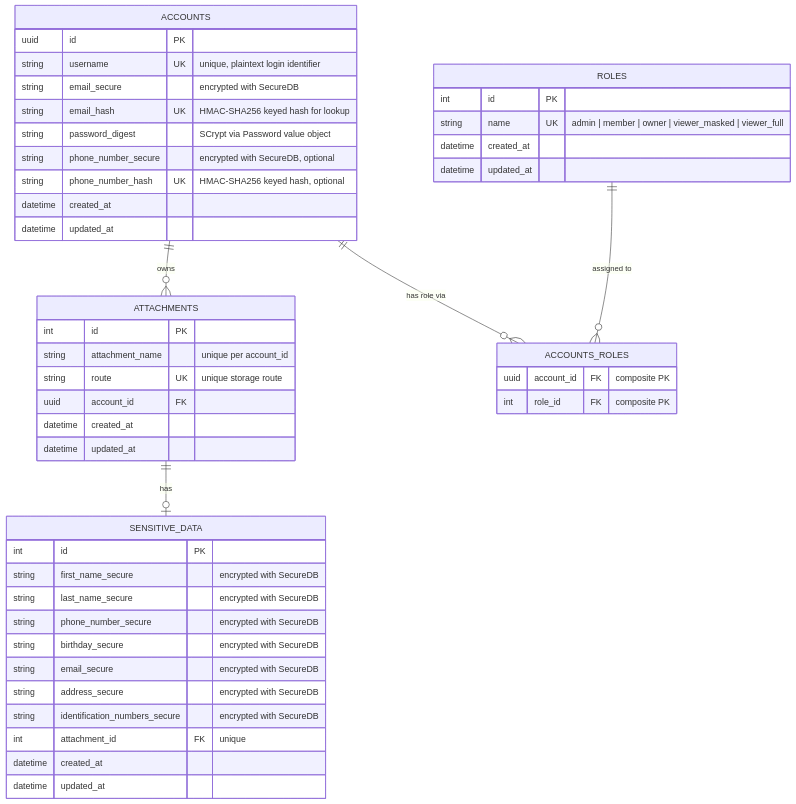
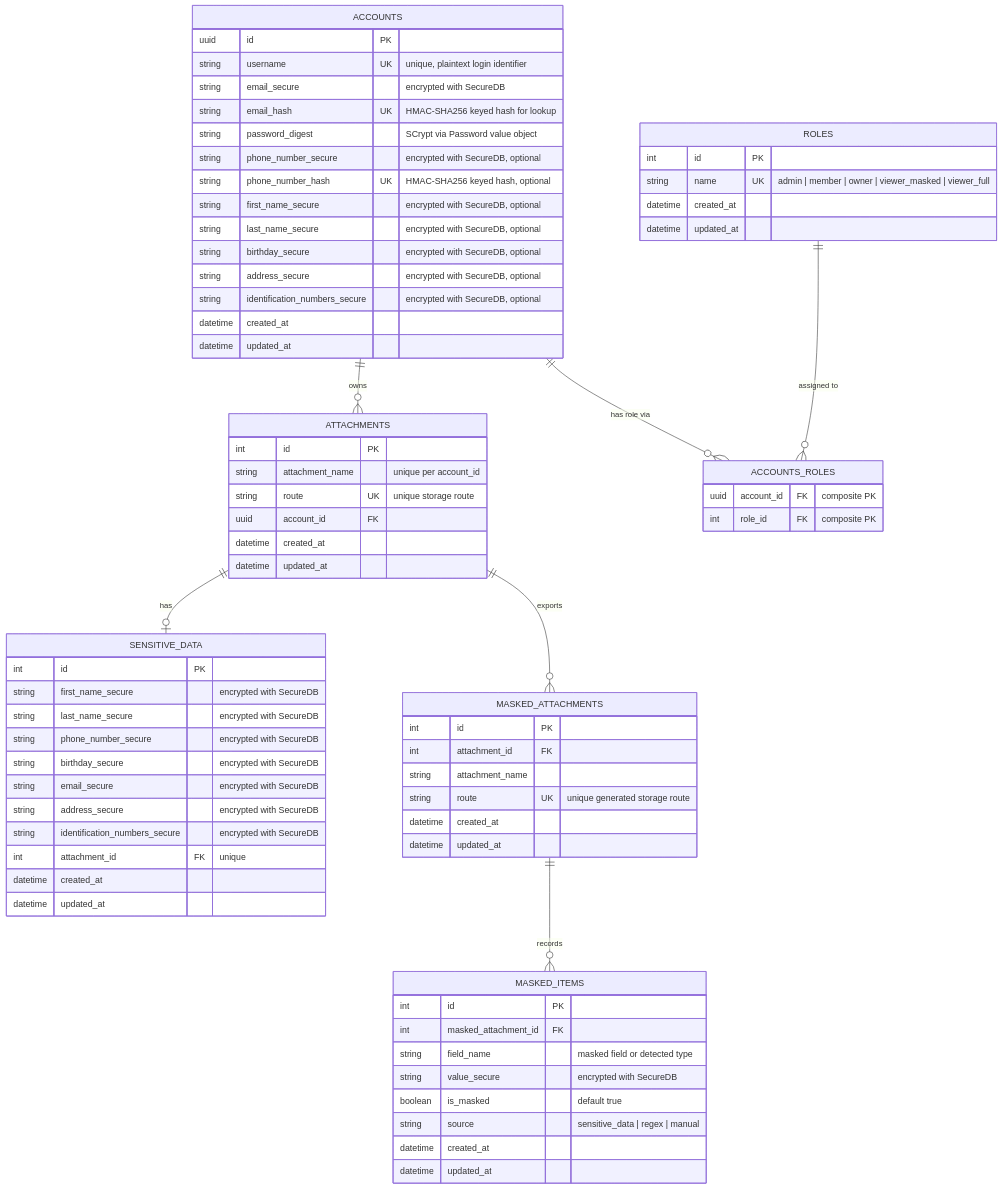
Before and after one commit to HQA-Crypto-Gamma/LockedCV-API: the diagram in docs/schema.md, drawn with Mermaid. The commit also changed other lines of this file and 2 other files, not shown here.

Commit message:
docs: update API schema and endpoint documentation

````diff
--- a/docs/schema.md
+++ b/docs/schema.md
@@ -10,55 +10,82 @@
 ```mermaid
 erDiagram
     ACCOUNTS ||--o{ ATTACHMENTS : "owns"
     ATTACHMENTS ||--o| SENSITIVE_DATA : "has"
+    ATTACHMENTS ||--o{ MASKED_ATTACHMENTS : "exports"
+    MASKED_ATTACHMENTS ||--o{ MASKED_ITEMS : "records"
 
     ACCOUNTS ||--o{ ACCOUNTS_ROLES : "has role via"
     ROLES ||--o{ ACCOUNTS_ROLES : "assigned to"
 
     ACCOUNTS {
         uuid     id                  PK
         string   username            UK "unique, plaintext login identifier"
         string   email_secure           "encrypted with SecureDB"
         string   email_hash          UK "HMAC-SHA256 keyed hash for lookup"
         string   password_digest        "SCrypt via Password value object"
         string   phone_number_secure    "encrypted with SecureDB, optional"
         string   phone_number_hash   UK "HMAC-SHA256 keyed hash, optional"
+        string   first_name_secure      "encrypted with SecureDB, optional"
+        string   last_name_secure       "encrypted with SecureDB, optional"
+        string   birthday_secure        "encrypted with SecureDB, optional"
+        string   address_secure         "encrypted with SecureDB, optional"
+        string   identification_numbers_secure "encrypted with SecureDB, optional"
         datetime created_at
         datetime updated_at
     }
 
     ATTACHMENTS {
         int      id              PK
         string   attachment_name     "unique per account_id"
         string   route           UK "unique storage route"
         uuid     account_id      FK
         datetime created_at
         datetime updated_at
     }
 
     SENSITIVE_DATA {
         int      id                              PK
         string   first_name_secure                 "encrypted with SecureDB"
         string   last_name_secure                  "encrypted with SecureDB"
         string   phone_number_secure              "encrypted with SecureDB"
         string   birthday_secure                  "encrypted with SecureDB"
         string   email_secure                     "encrypted with SecureDB"
         string   address_secure                   "encrypted with SecureDB"
         string   identification_numbers_secure    "encrypted with SecureDB"
         int      attachment_id                  FK "unique"
         datetime created_at
         datetime updated_at
     }
 
     ROLES {
         int      id         PK
         string   name       UK "admin | member | owner | viewer_masked | viewer_full"
         datetime created_at
         datetime updated_at
     }
 
     ACCOUNTS_ROLES {
         uuid account_id FK "composite PK"
         int  role_id    FK "composite PK"
     }
+
+    MASKED_ATTACHMENTS {
+        int      id              PK
+        int      attachment_id   FK
+        string   attachment_name
+        string   route           UK "unique generated storage route"
+        datetime created_at
+        datetime updated_at
+    }
+
+    MASKED_ITEMS {
+        int      id                   PK
+        int      masked_attachment_id FK
+        string   field_name              "masked field or detected type"
+        string   value_secure            "encrypted with SecureDB"
+        boolean  is_masked               "default true"
+        string   source                  "sensitive_data | regex | manual"
+        datetime created_at
+        datetime updated_at
+    }
 ```
````
